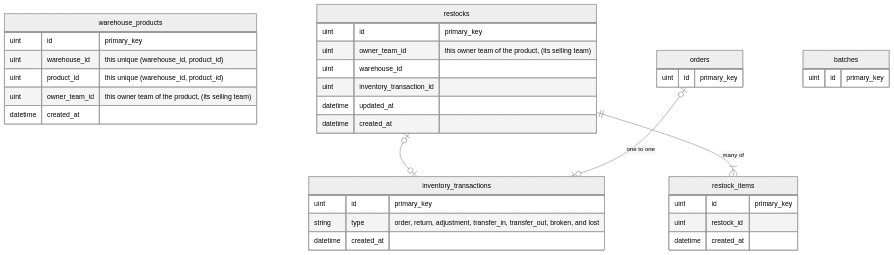
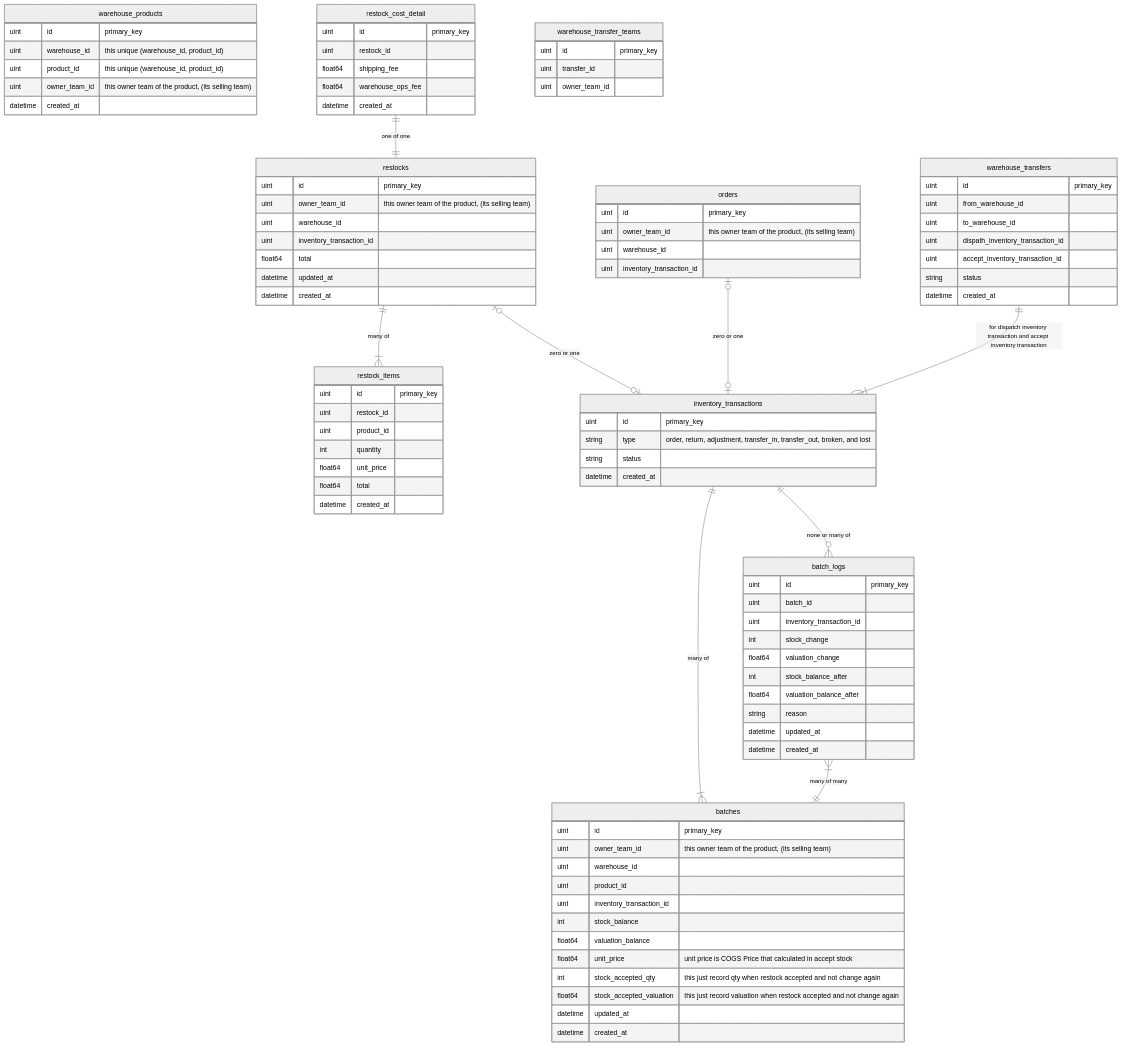
The third of 6 diagrams in disscuss/architecture/stock_design.md (pdcgo/warehouse_revamp), drawn with Mermaid (neutral theme) before and after one commit. The commit also changed other lines of this file and 168 other files, not shown here.

````diff
--- a/disscuss/architecture/stock_design.md
+++ b/disscuss/architecture/stock_design.md
@@ -88,34 +133,111 @@
     uint warehouse_id
     uint inventory_transaction_id
 
+    float64 total
     datetime updated_at
+    datetime created_at
+}
+
+reitem[restock_items]{
+    uint id "primary_key"
+    uint restock_id
+    uint product_id
+    int quantity
+    float64 unit_price
+    float64 total
+    datetime created_at
+}
+
+recost[restock_cost_detail]{
+    uint id "primary_key"
+    uint restock_id
+    float64 shipping_fee
+    float64 warehouse_ops_fee
     datetime created_at
 }
 
 ord[orders]{
     uint id "primary_key"
+    uint owner_team_id "this owner team of the product, (its selling team)"
+    uint warehouse_id
+    uint inventory_transaction_id
 }
 
-reitem[restock_items]{
-    uint id "primary_key"
-    uint restock_id
-    datetime created_at
-}
+
+
+
 
 
 tx[inventory_transactions]{
     uint id "primary_key"
     string type "order, return, adjustment, transfer_in, transfer_out, broken, and lost"
+    string status
     datetime created_at
 }
 
 bch[batches]{
     uint id "primary_key"
+    uint owner_team_id "this owner team of the product, (its selling team)"
+    uint warehouse_id
+    uint product_id
+    uint inventory_transaction_id
+
+    int stock_balance
+    float64 valuation_balance 
+    float64 unit_price "unit price is COGS Price that calculated in accept stock"
+    
+    int stock_accepted_qty "this just record qty when restock accepted and not change again"
+    float64 stock_accepted_valuation "this just record valuation when restock accepted and not change again"
+    datetime updated_at
+    datetime created_at
 }
 
+bclog[batch_logs]{
+    uint id "primary_key"
+    uint batch_id
+    uint inventory_transaction_id
 
-re|o--o|tx : ""
-ord|o--o|tx : "one to one"
+    int stock_change
+    float64 valuation_change
+
+    int stock_balance_after
+    float64 valuation_balance_after
+
+    string reason
+
+    datetime updated_at
+    datetime created_at
+
+}
+
+tf[warehouse_transfers]{
+    uint id "primary_key"
+    uint from_warehouse_id
+    uint to_warehouse_id
+    uint dispath_inventory_transaction_id
+    uint accept_inventory_transaction_id
+    
+
+    string status
+    
+    
+    datetime created_at
+}
+
+tft[warehouse_transfer_teams]{
+    uint id "primary_key"
+    uint transfer_id
+    uint owner_team_id
+}
+
+re|o--o|tx : "zero or one"
+ord|o--o|tx : "zero or one"
 re||--|{reitem : "many of"
+tx||--|{bch : "many of"
+tx||--o{bclog : "none or many of"
+bclog}|--||bch : "many of many"
+recost||--||re : "one of one"
+tf||--|{tx : "for dispatch inventory transaction and accept inventory transaction"
+
 
 ```
````
